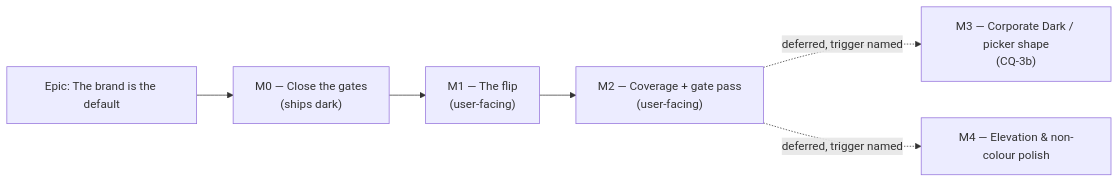
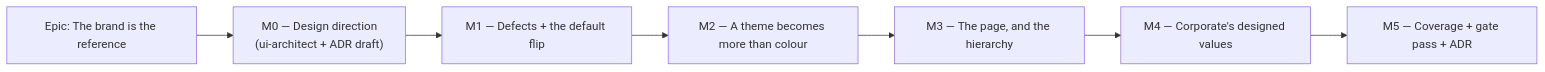
Before and after one commit to HuttonHomeHub/SchedulePoint_1: the diagram in docs/specs/corporate-brand/implementation-plan.md, drawn with Mermaid. The commit also changed other lines of this file and 3 other files, not shown here.

````diff
--- a/docs/specs/corporate-brand/implementation-plan.md
+++ b/docs/specs/corporate-brand/implementation-plan.md
@@ -15,8 +16,9 @@
 ```mermaid
 flowchart LR
-  E["Epic: The brand is the default"] --> M0["M0 — Close the gates<br/>(ships dark)"]
-  M0 --> M1["M1 — The flip<br/>(user-facing)"]
-  M1 --> M2["M2 — Coverage + gate pass<br/>(user-facing)"]
-  M2 -.->|"deferred, trigger named"| M3["M3 — Corporate Dark / picker shape<br/>(CQ-3b)"]
-  M2 -.->|"deferred, trigger named"| M4["M4 — Elevation & non-colour polish"]
+  E["Epic: The brand is the reference"] --> M0["M0 — Design direction<br/>(ui-architect + ADR draft)"]
+  M0 --> M1["M1 — Defects + the default flip"]
+  M1 --> M2["M2 — A theme becomes more than colour"]
+  M2 --> M3["M3 — The page, and the hierarchy"]
+  M3 --> M4["M4 — Corporate's designed values"]
+  M4 --> M5["M5 — Coverage + gate pass + ADR"]
 ```
````
